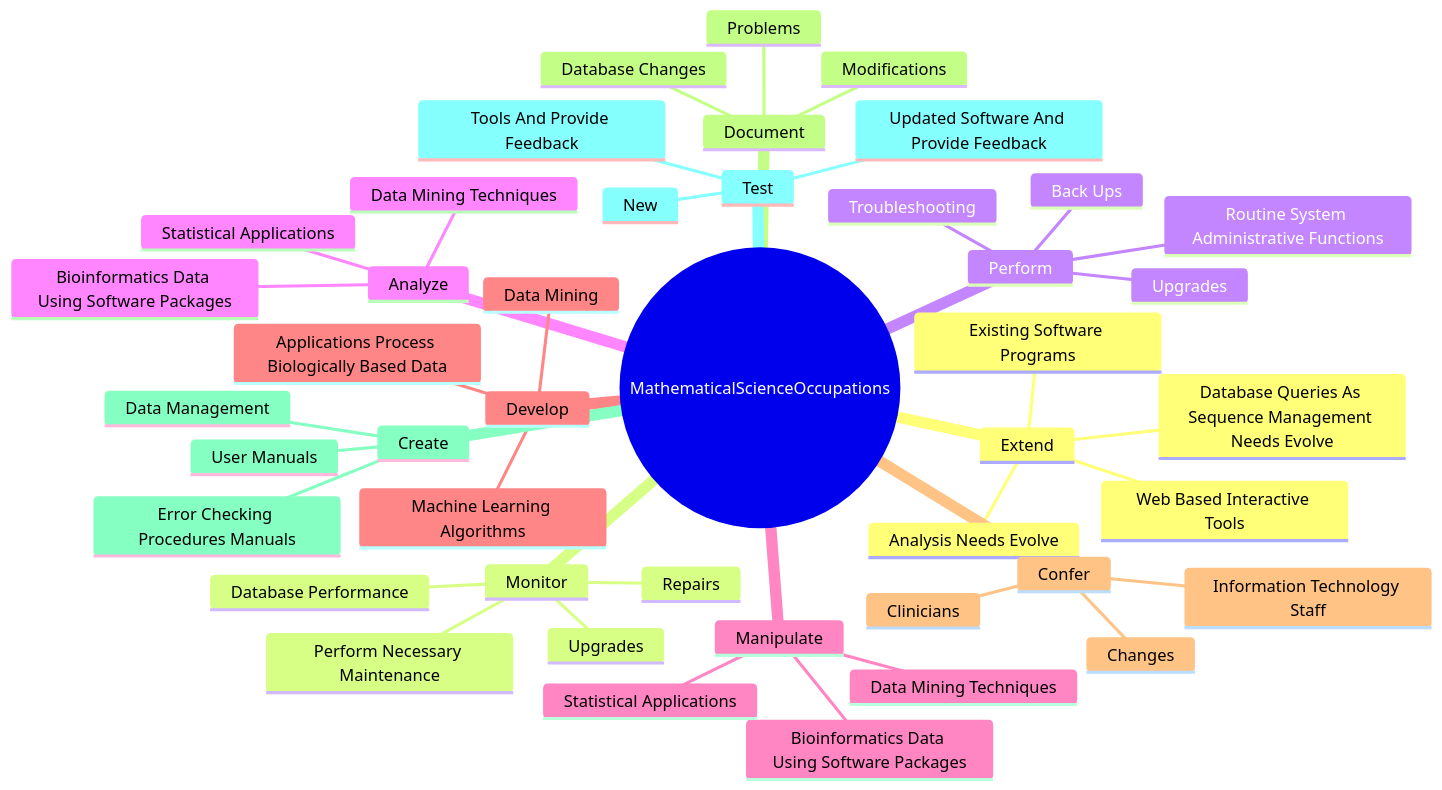
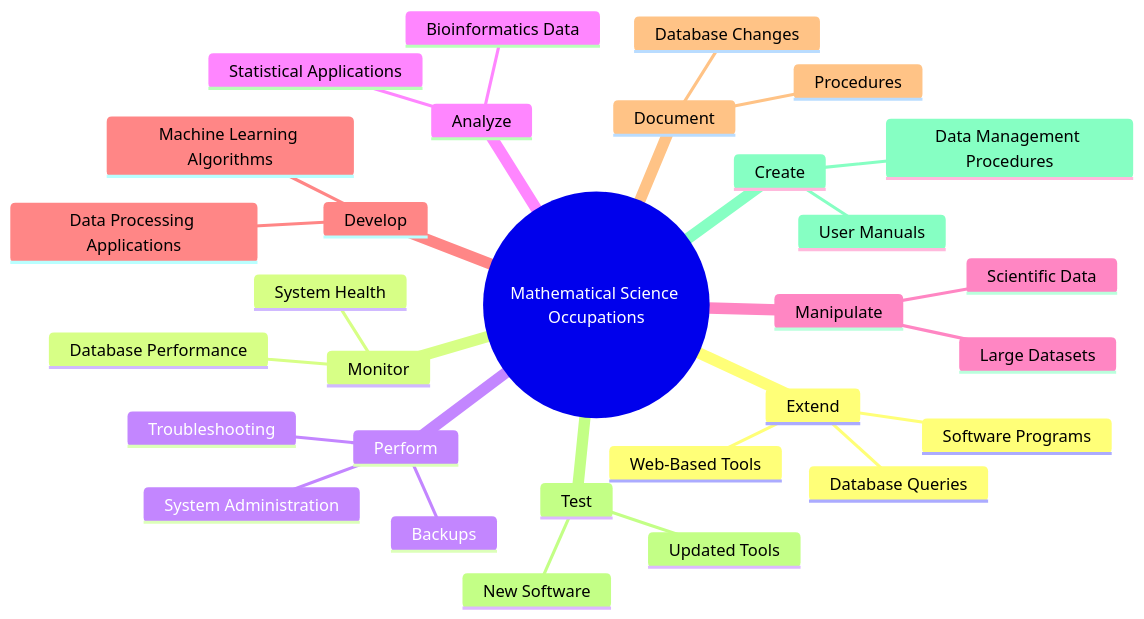
One commit to kziemski/business.org.ai changed the second of 4 diagrams in occupations/Technology/MathematicalScienceOccupations.mdx. Above: the diagram before and after it, drawn with Mermaid. The commit also changed other lines of this file and 938 other files, not shown here.

````diff
--- a/occupations/Technology/MathematicalScienceOccupations.mdx
+++ b/occupations/Technology/MathematicalScienceOccupations.mdx
@@ -38,47 +45,33 @@
 ```mermaid
 mindmap
-    root(("MathematicalScienceOccupations"))
+    root(("Mathematical Science Occupations"))
         Extend
-            Existing Software Programs
-            Web Based Interactive Tools
-            Database Queries As Sequence Management Needs Evolve
-            Analysis Needs Evolve
+            Software Programs
+            Web-Based Tools
+            Database Queries
         Monitor
             Database Performance
-            Perform Necessary Maintenance
-            Upgrades
-            Repairs
+            System Health
         Perform
-            Routine System Administrative Functions
+            System Administration
             Troubleshooting
-            Back Ups
-            Upgrades
+            Backups
         Analyze
-            Bioinformatics Data Using Software Packages
+            Bioinformatics Data
             Statistical Applications
-            Data Mining Techniques
         Manipulate
-            Bioinformatics Data Using Software Packages
-            Statistical Applications
-            Data Mining Techniques
+            Large Datasets
+            Scientific Data
         Develop
-            Applications Process Biologically Based Data
-            Data Mining
+            Data Processing Applications
             Machine Learning Algorithms
-        Confer
-            Clinicians
-            Information Technology Staff
-            Changes
         Document
             Database Changes
-            Modifications
-            Problems
+            Procedures
+        Test
+            New Software
+            Updated Tools
         Create
-            Data Management
-            Error Checking Procedures Manuals
+            Data Management Procedures
             User Manuals
-        Test
-            New
-            Updated Software And Provide Feedback
-            Tools And Provide Feedback
 ```
````
